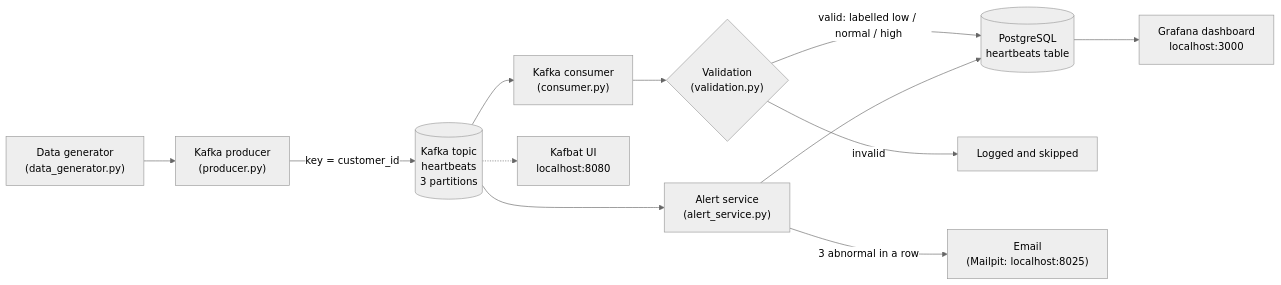
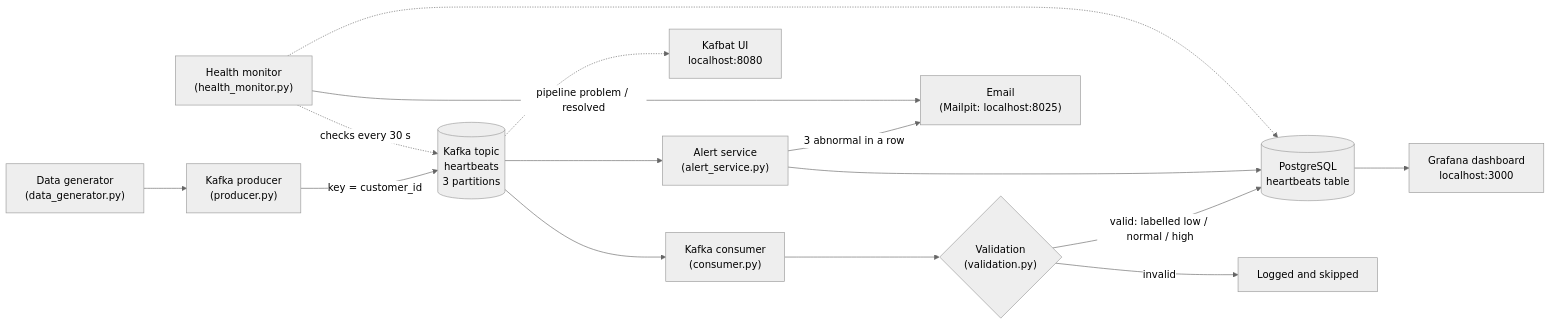
Before and after one commit to MugaboVedaste/heartbeat-monitoring: the diagram in README.md, drawn with Mermaid (neutral theme). The commit also changed other lines of this file and 11 other files, not shown here.

````diff
--- a/README.md
+++ b/README.md
@@ -11,14 +11,17 @@
 ```mermaid
 flowchart LR
     G["Data generator<br/>(data_generator.py)"] --> P["Kafka producer<br/>(producer.py)"]
     P -->|"key = customer_id"| K[("Kafka topic<br/>heartbeats<br/>3 partitions")]
     K --> C["Kafka consumer<br/>(consumer.py)"]
     C --> V{"Validation<br/>(validation.py)"}
     V -->|"valid: labelled low / normal / high"| DB[("PostgreSQL<br/>heartbeats table")]
     V -->|"invalid"| L["Logged and skipped"]
     DB --> GF["Grafana dashboard<br/>localhost:3000"]
     K -.-> UI["Kafbat UI<br/>localhost:8080"]
     K --> A["Alert service<br/>(alert_service.py)"]
     A -->|"3 abnormal in a row"| M["Email<br/>(Mailpit: localhost:8025)"]
     A --> DB
+    H["Health monitor<br/>(health_monitor.py)"] -.->|"checks every 30 s"| K
+    H -.-> DB
+    H -->|"pipeline problem / resolved"| M
 ```
````
